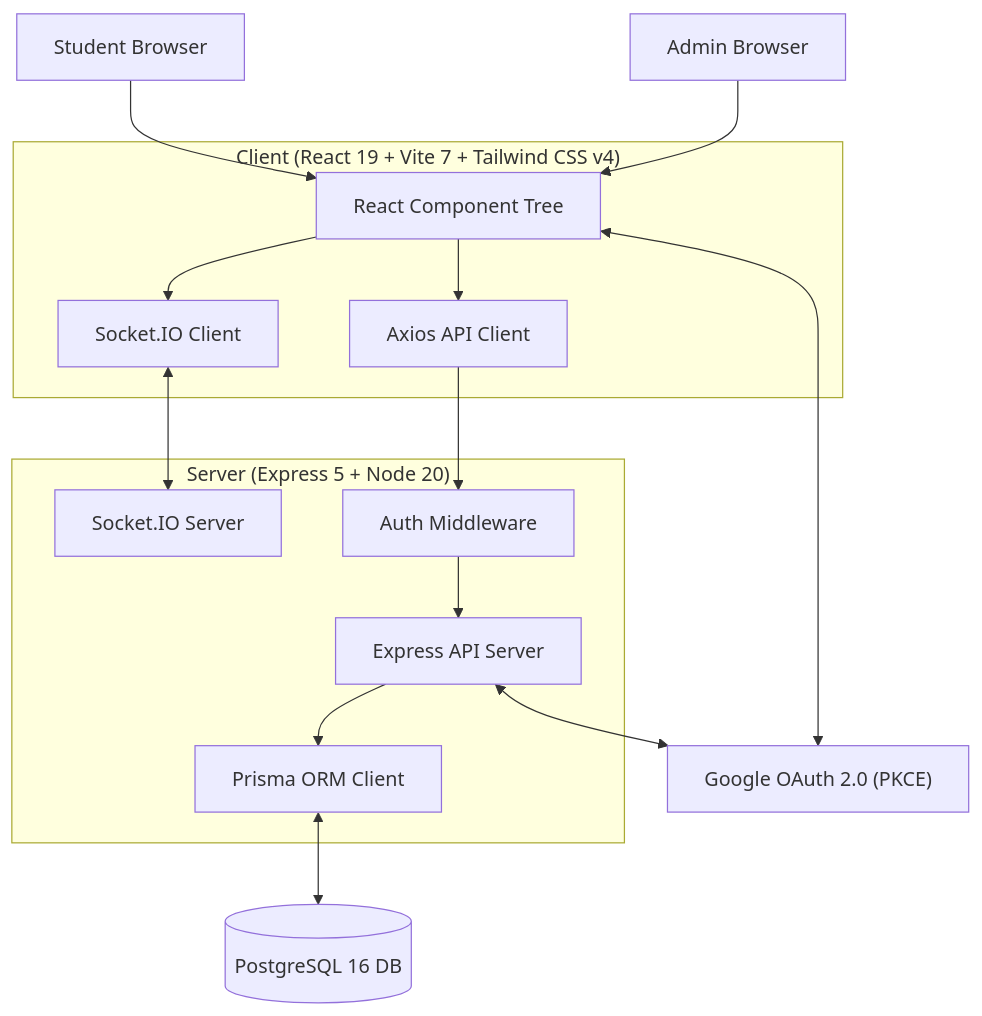
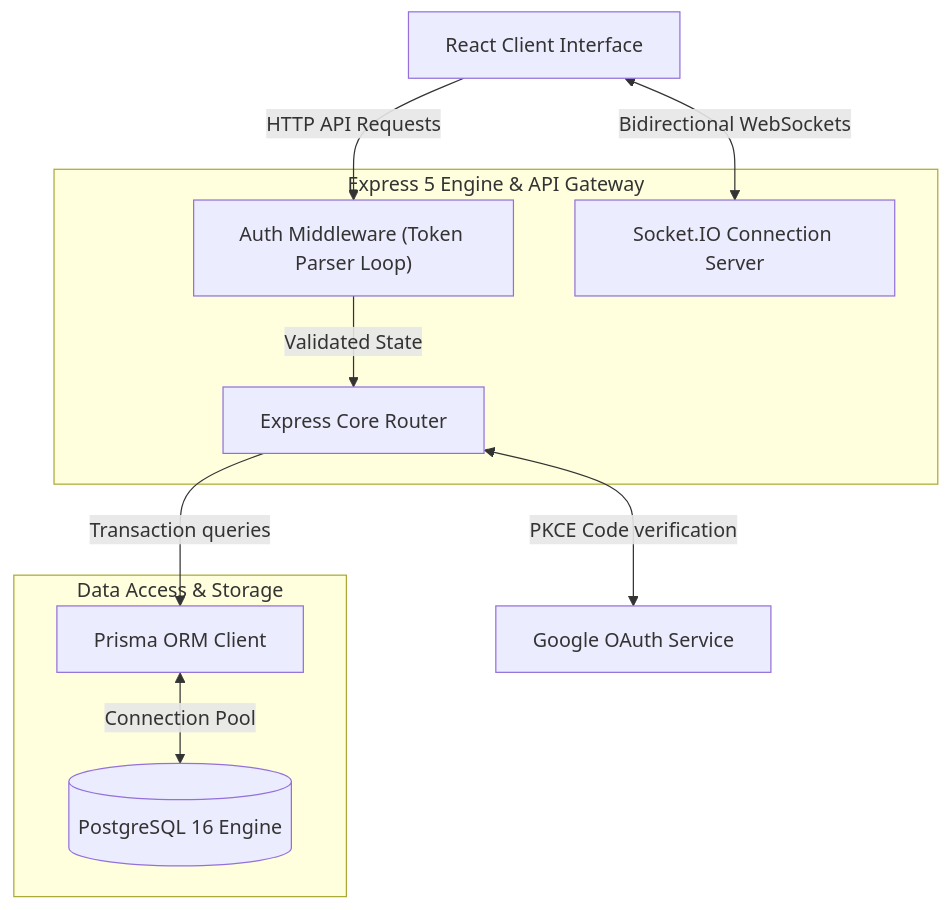
The first of 3 diagrams in ARCHITECTURE.md (gimigkk/KRSwitch-backend), drawn with Mermaid before and after one commit. The commit also changed other lines of this file and 1 other file, not shown here.

Commit message:
docs: customize architecture and onboarding guides specifically for the backend

````diff
--- a/ARCHITECTURE.md
+++ b/ARCHITECTURE.md
@@ -11,42 +11,27 @@
 ```mermaid
 graph TD
-    %% User Nodes
-    Student["Student Browser"]
-    Admin["Admin Browser"]
+    %% Client & Server Interfaces
+    FE["React Client Interface"]
+    GO["Google OAuth Service"]
 
-    %% Frontend Group
-    subgraph FrontendApp ["Client (React 19 + Vite 7 + Tailwind CSS v4)"]
-        UI["React Component Tree"]
-        WSClient["Socket.IO Client"]
-        Axios["Axios API Client"]
+    subgraph ServiceLayer ["Express 5 Engine & API Gateway"]
+        AuthMiddleware["Auth Middleware (Token Parser Loop)"]
+        Router["Express Core Router"]
+        SocketServer["Socket.IO Connection Server"]
     end
 
-    %% Backend Group
-    subgraph BackendApp ["Server (Express 5 + Node 20)"]
-        Express["Express API Server"]
-        WSServer["Socket.IO Server"]
-        PrismaClient["Prisma ORM Client"]
-        AuthMiddleware["Auth Middleware"]
+    subgraph DataLayer ["Data Access & Storage"]
+        Prisma["Prisma ORM Client"]
+        Postgres[("PostgreSQL 16 Engine")]
     end
 
-    %% External & DB
-    GoogleAuth["Google OAuth 2.0 (PKCE)"]
-    Postgres[("PostgreSQL 16 DB")]
-
-    %% Relations
-    Student --> UI
-    Admin --> UI
+    %% Flow lines
+    FE -->|HTTP API Requests| AuthMiddleware
+    FE <-->|Bidirectional WebSockets| SocketServer
     
-    UI --> Axios
-    UI --> WSClient
+    AuthMiddleware -->|Validated State| Router
+    Router -->|Transaction queries| Prisma
+    Prisma <-->|Connection Pool| Postgres
     
-    Axios --> AuthMiddleware
-    AuthMiddleware --> Express
-    WSClient <--> WSServer
-    
-    Express --> PrismaClient
-    PrismaClient <--> Postgres
-    
-    Express <--> GoogleAuth
-    UI <--> GoogleAuth
+    Router <-->|PKCE Code verification| GO
 ```
````
